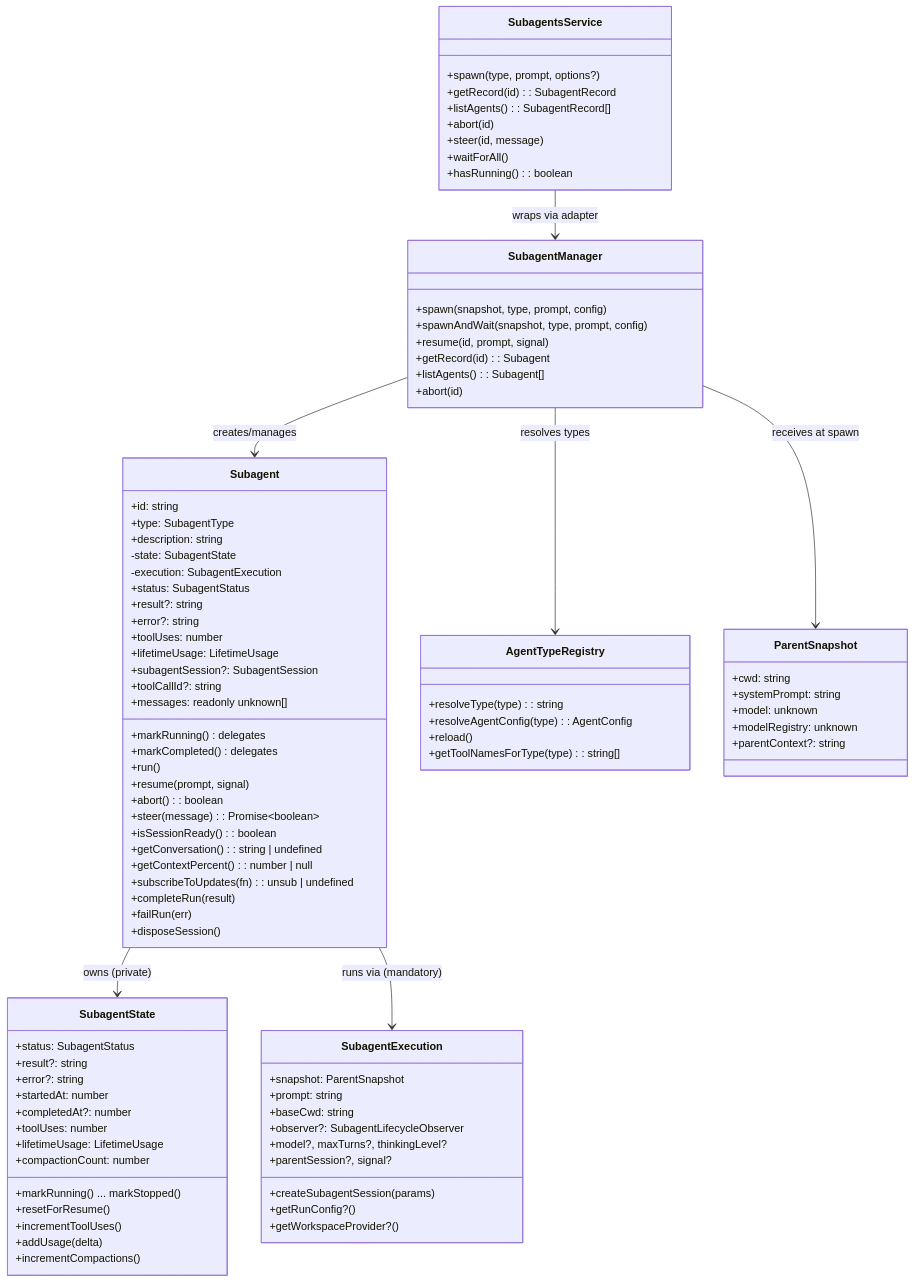
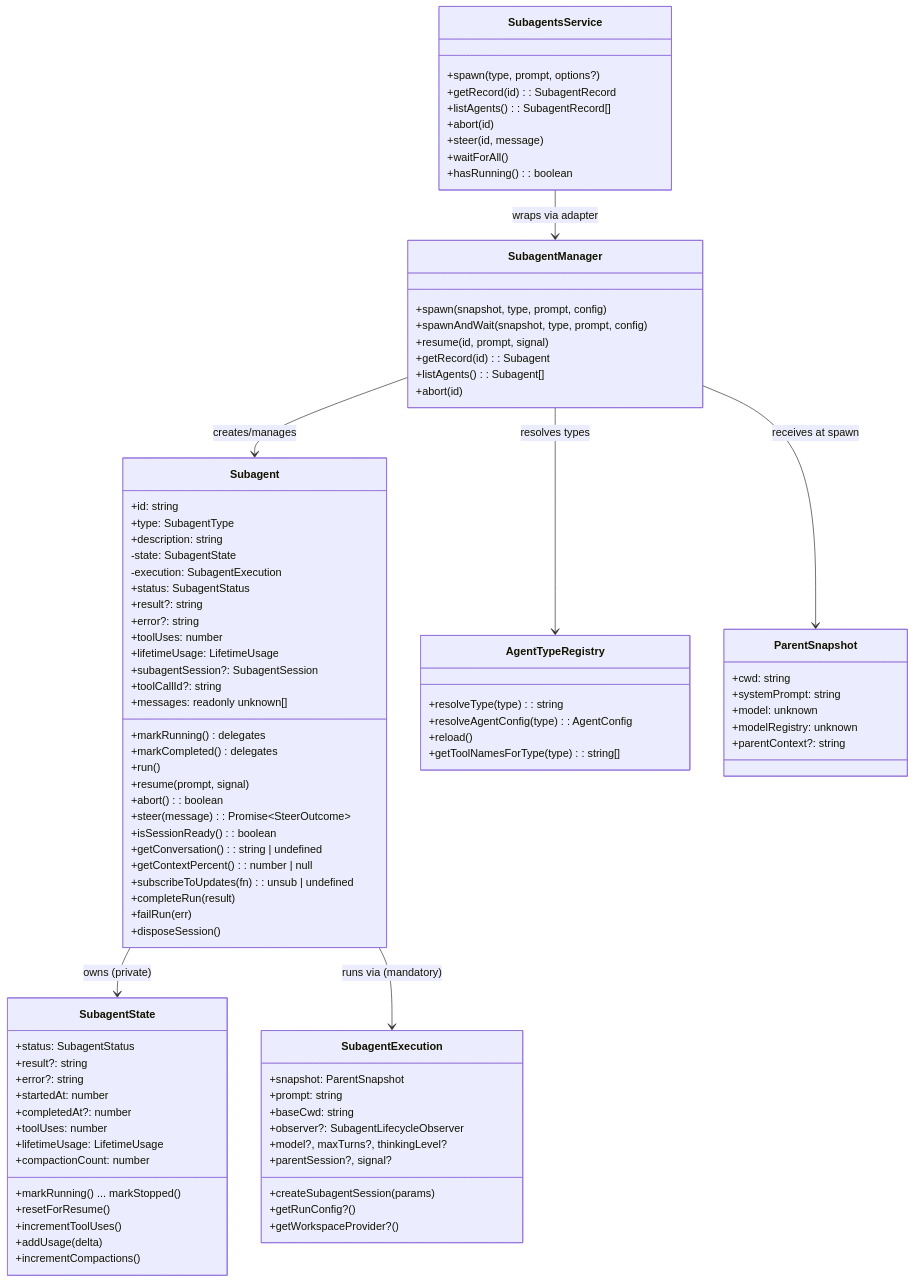
One commit to whaoa/forked-gotgenes-pi-packages changed the second of 6 diagrams in packages/pi-subagents/docs/architecture/architecture.md. Above: the diagram before and after it, drawn with Mermaid. The commit also changed other lines of this file, not shown here.

```diff
--- a/packages/pi-subagents/docs/architecture/architecture.md
+++ b/packages/pi-subagents/docs/architecture/architecture.md
@@ -120,7 +120,7 @@
         +run()
         +resume(prompt, signal)
         +abort(): boolean
-        +steer(message): Promise~boolean~
+        +steer(message): Promise~SteerOutcome~
         +isSessionReady(): boolean
         +getConversation(): string | undefined
         +getContextPercent(): number | null
```
